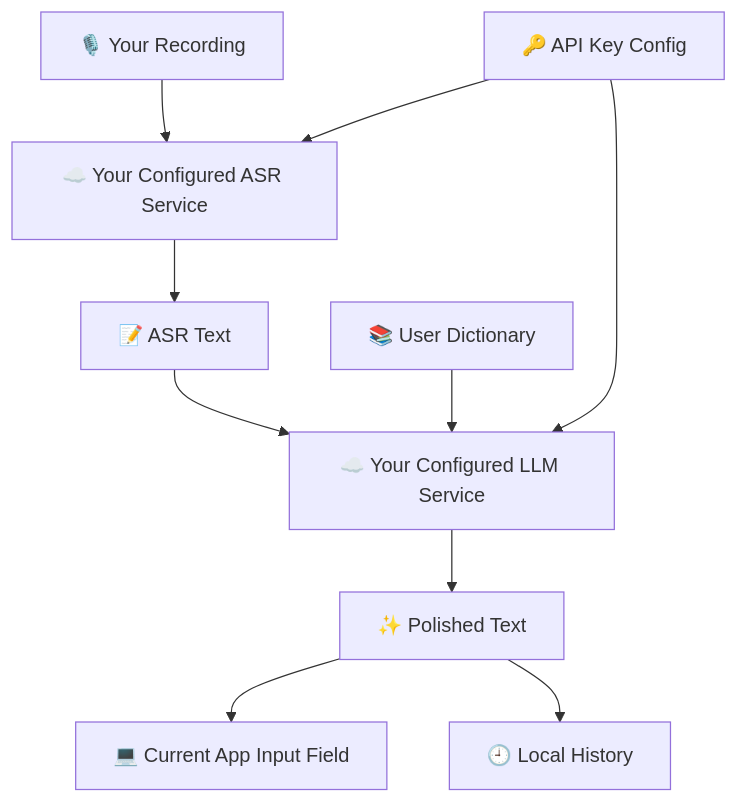
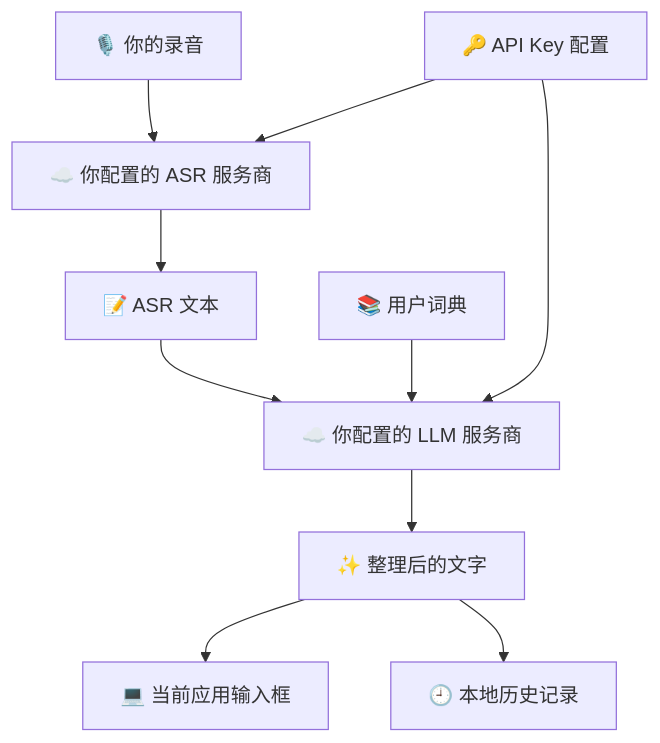
One commit to EthanYoQ/whisper-input changed the fourth of 5 diagrams in README.md. Above: the diagram before and after it, drawn with Mermaid. The commit also changed other lines of this file and 2 other files, not shown here.

````diff
--- a/README.md
+++ b/README.md
@@ -215,12 +211,12 @@
 ```mermaid
 flowchart TB
-  A["🎙️ Your Recording"] --> B["☁️ Your Configured ASR Service"]
-  B --> C["📝 ASR Text"]
-  C --> D["☁️ Your Configured LLM Service"]
-  D --> E["✨ Polished Text"]
-  E --> F["💻 Current App Input Field"]
-  E --> G["🕘 Local History"]
-  H["📚 User Dictionary"] --> D
-  I["🔑 API Key Config"] --> B
+  A["🎙️ 你的录音"] --> B["☁️ 你配置的 ASR 服务商"]
+  B --> C["📝 ASR 文本"]
+  C --> D["☁️ 你配置的 LLM 服务商"]
+  D --> E["✨ 整理后的文字"]
+  E --> F["💻 当前应用输入框"]
+  E --> G["🕘 本地历史记录"]
+  H["📚 用户词典"] --> D
+  I["🔑 API Key 配置"] --> B
   I --> D
 ```
````
